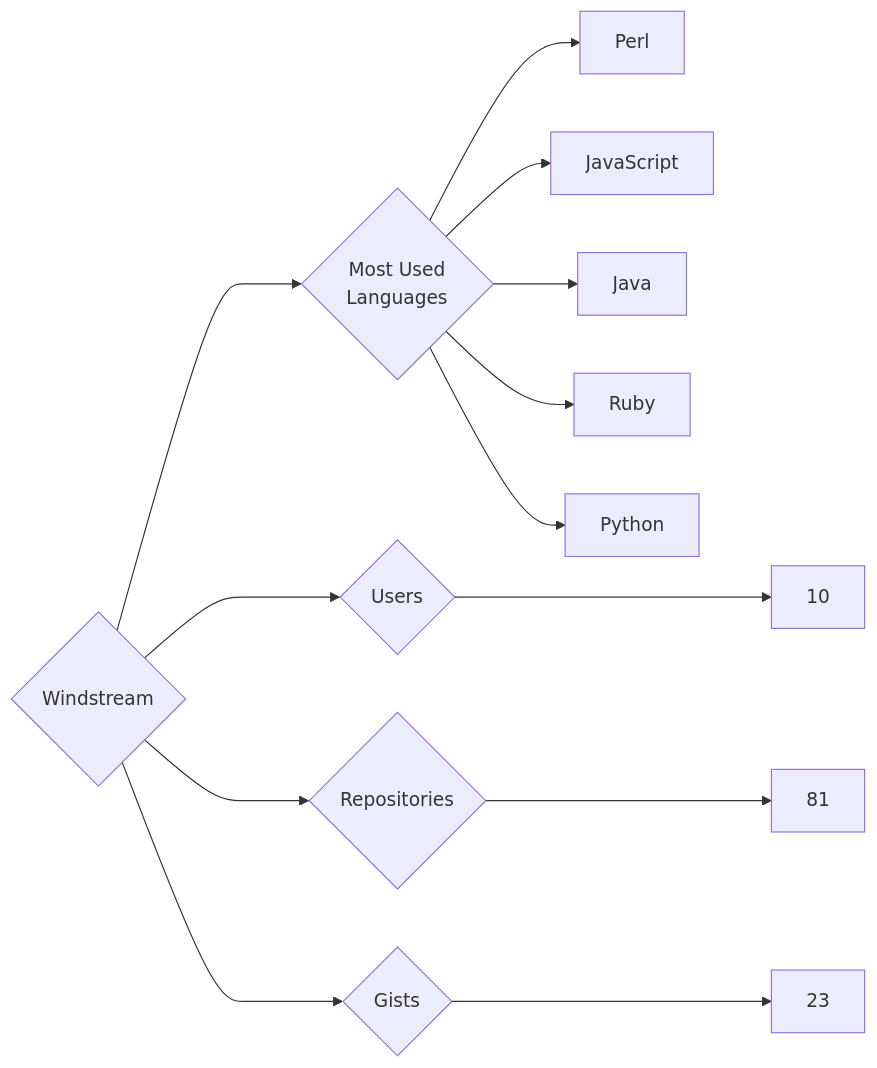
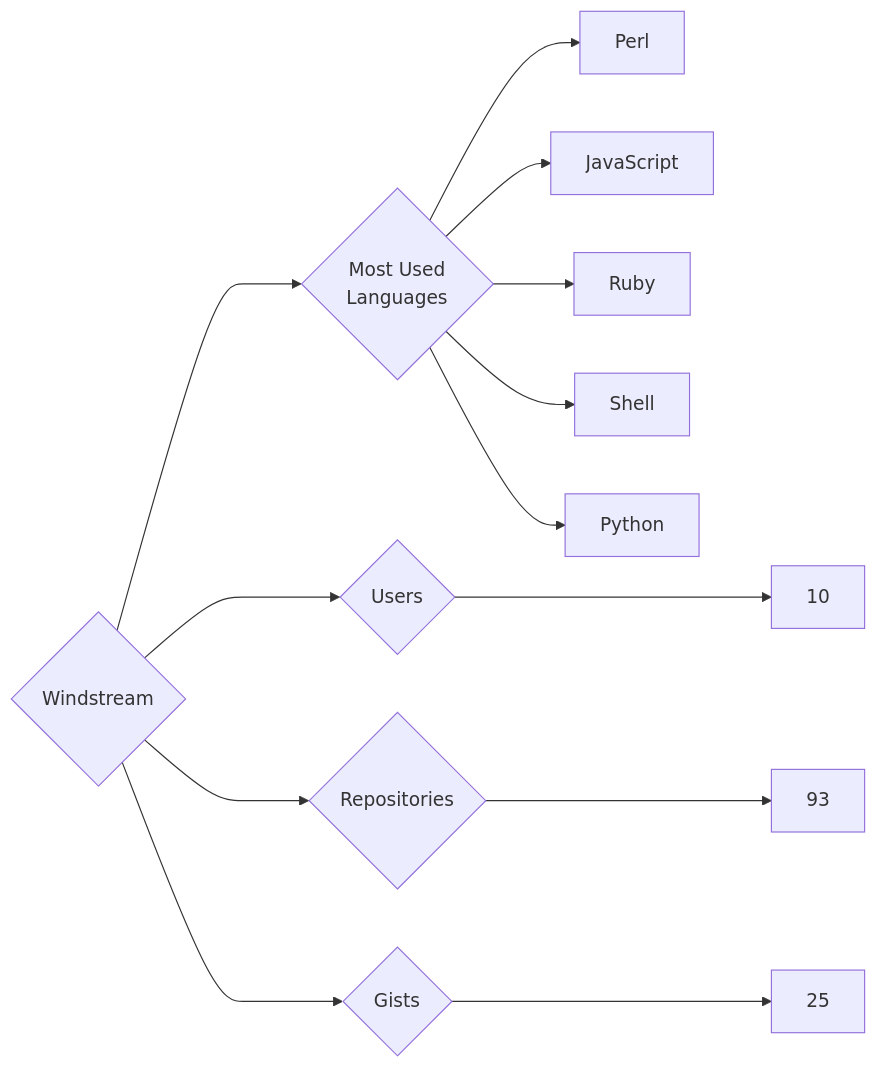
Before and after one commit to trickest/insiders: the diagram in targets/Windstream/README.md, drawn with Mermaid. The commit also changed 1484 other files, not shown here.

````diff
--- a/targets/Windstream/README.md
+++ b/targets/Windstream/README.md
@@ -3,13 +3,13 @@
 ```mermaid
 graph LR
 COMPANY_NAME{Windstream}
 COMPANY_NAME ---> U{Users} ---> UN[10]
-COMPANY_NAME ---> R{Repositories} ---> RN[81]
-COMPANY_NAME ---> G{Gists} ---> GN[23]
+COMPANY_NAME ---> R{Repositories} ---> RN[93]
+COMPANY_NAME ---> G{Gists} ---> GN[25]
 COMPANY_NAME ---> ML{Most Used<br>Languages}
 ML --> Perl[Perl]
 ML --> JavaScript[JavaScript]
-ML --> Java[Java]
 ML --> Ruby[Ruby]
+ML --> Shell[Shell]
 ML --> Python[Python]
 ```
````
